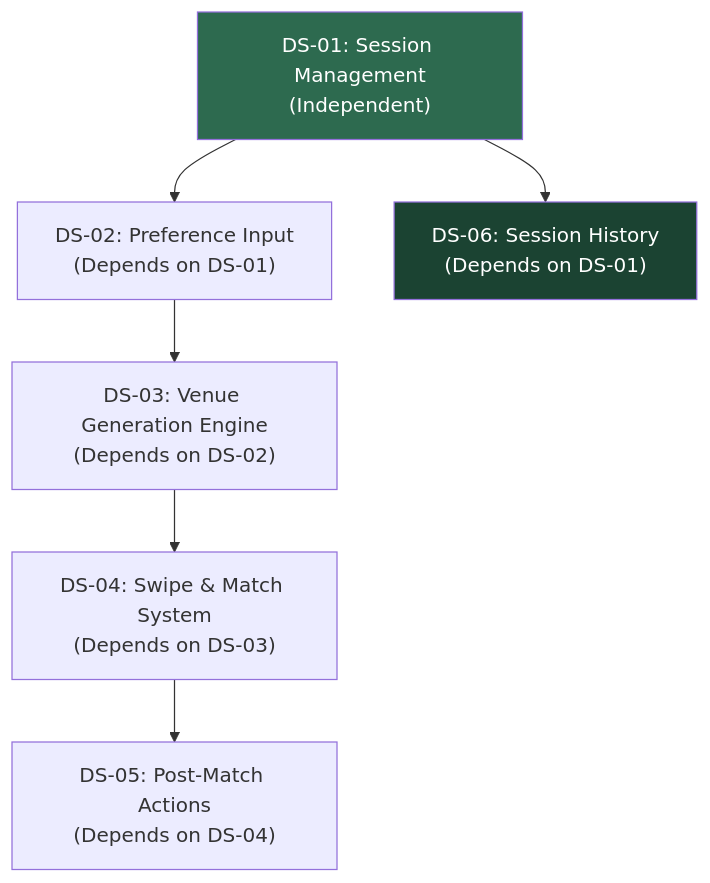
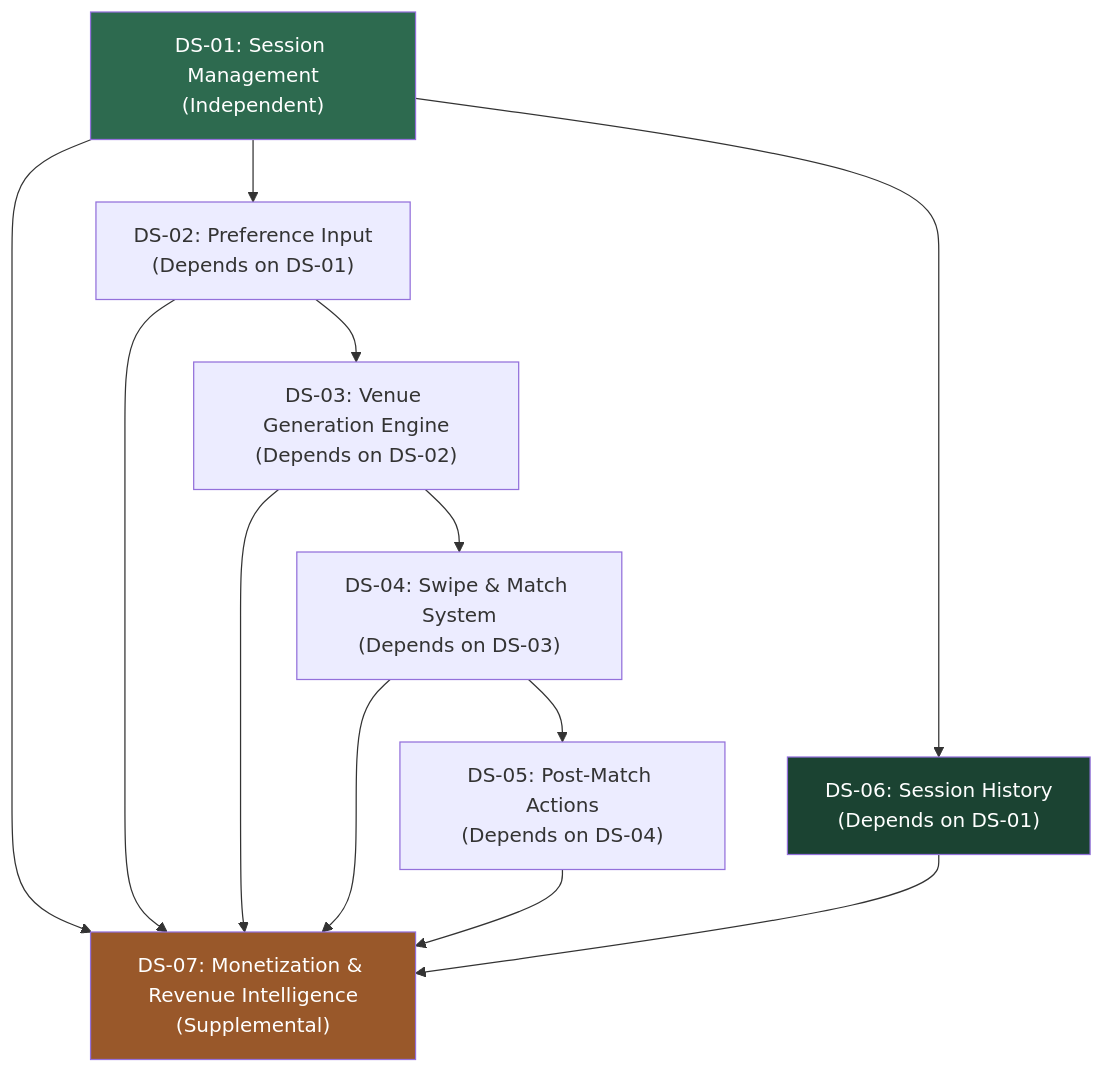
One commit to Aiden-Barrera/dateflow changed the first of 2 diagrams in docs/dev-specs/index.md. Above: the diagram before and after it, drawn with Mermaid. The commit also changed other lines of this file and 1 other file, not shown here.

Commit message:
docs: add monetization revenue intelligence spec

````diff
--- a/docs/dev-specs/index.md
+++ b/docs/dev-specs/index.md
@@ -5,18 +5,26 @@
 ```mermaid
 flowchart TD
     DS01["DS-01: Session Management<br/>(Independent)"]
     DS02["DS-02: Preference Input<br/>(Depends on DS-01)"]
     DS03["DS-03: Venue Generation Engine<br/>(Depends on DS-02)"]
     DS04["DS-04: Swipe & Match System<br/>(Depends on DS-03)"]
     DS05["DS-05: Post-Match Actions<br/>(Depends on DS-04)"]
     DS06["DS-06: Session History<br/>(Depends on DS-01)"]
+    DS07["DS-07: Monetization & Revenue Intelligence<br/>(Supplemental)"]
 
     DS01 --> DS02
     DS02 --> DS03
     DS03 --> DS04
     DS04 --> DS05
     DS01 --> DS06
+    DS01 --> DS07
+    DS02 --> DS07
+    DS03 --> DS07
+    DS04 --> DS07
+    DS05 --> DS07
+    DS06 --> DS07
 
     style DS01 fill:#2d6a4f,color:#fff
     style DS06 fill:#1b4332,color:#fff
+    style DS07 fill:#99582a,color:#fff
 ```
````
